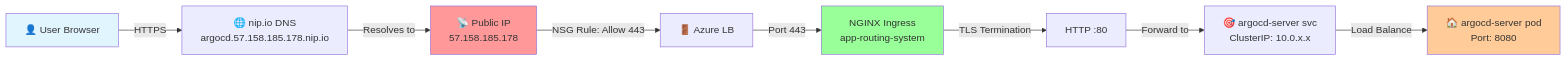
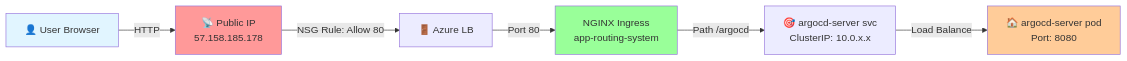
The second of 3 diagrams in infra/terraform/stacks/aks/README.md (Jakkapat-Chongsuwat/homunculy), drawn with Mermaid before and after one commit. The commit also changed other lines of this file and 98 other files, not shown here.

````diff
--- a/infra/terraform/stacks/aks/README.md
+++ b/infra/terraform/stacks/aks/README.md
@@ -104,15 +102,13 @@
 ```mermaid
 graph LR
-    A[👤 User Browser] -->|HTTPS| B[🌐 nip.io DNS<br/>argocd.57.158.185.178.nip.io]
-    B -->|Resolves to| C[📡 Public IP<br/>57.158.185.178]
-    C -->|NSG Rule: Allow 443| D[🚪 Azure LB]
-    D -->|Port 443| E[NGINX Ingress<br/>app-routing-system]
-    E -->|TLS Termination| F[HTTP :80]
-    F -->|Forward to| G[🎯 argocd-server svc<br/>ClusterIP: 10.0.x.x]
-    G -->|Load Balance| H[🏠 argocd-server pod<br/>Port: 8080]
+    A[👤 User Browser] -->|HTTP| B[📡 Public IP<br/>57.158.185.178]
+    B -->|NSG Rule: Allow 80| C[🚪 Azure LB]
+    C -->|Port 80| D[NGINX Ingress<br/>app-routing-system]
+    D -->|Path /argocd| E[🎯 argocd-server svc<br/>ClusterIP: 10.0.x.x]
+    E -->|Load Balance| F[🏠 argocd-server pod<br/>Port: 8080]
     
     style A fill:#e1f5ff
-    style C fill:#ff9999
-    style E fill:#99ff99
-    style H fill:#ffcc99
+    style B fill:#ff9999
+    style D fill:#99ff99
+    style F fill:#ffcc99
 ```
````
